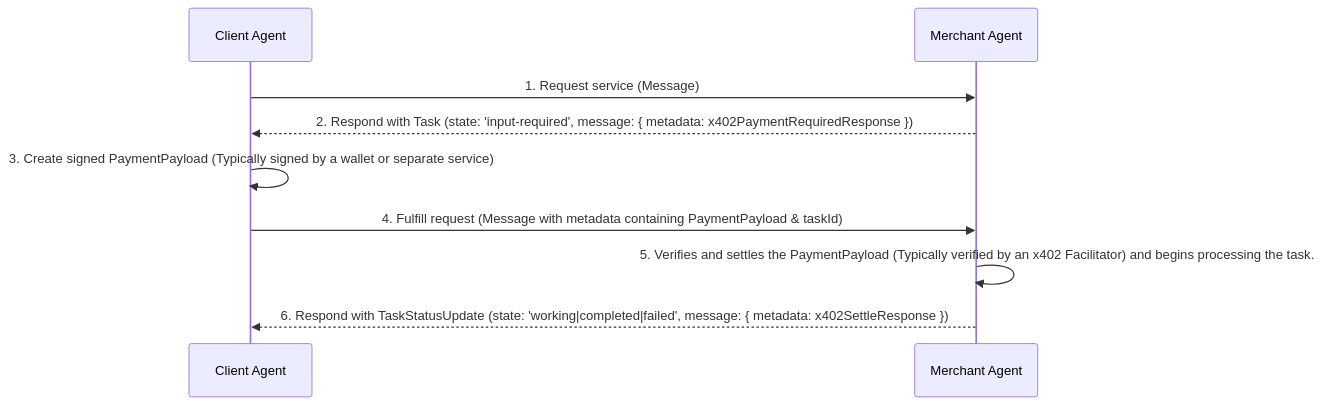
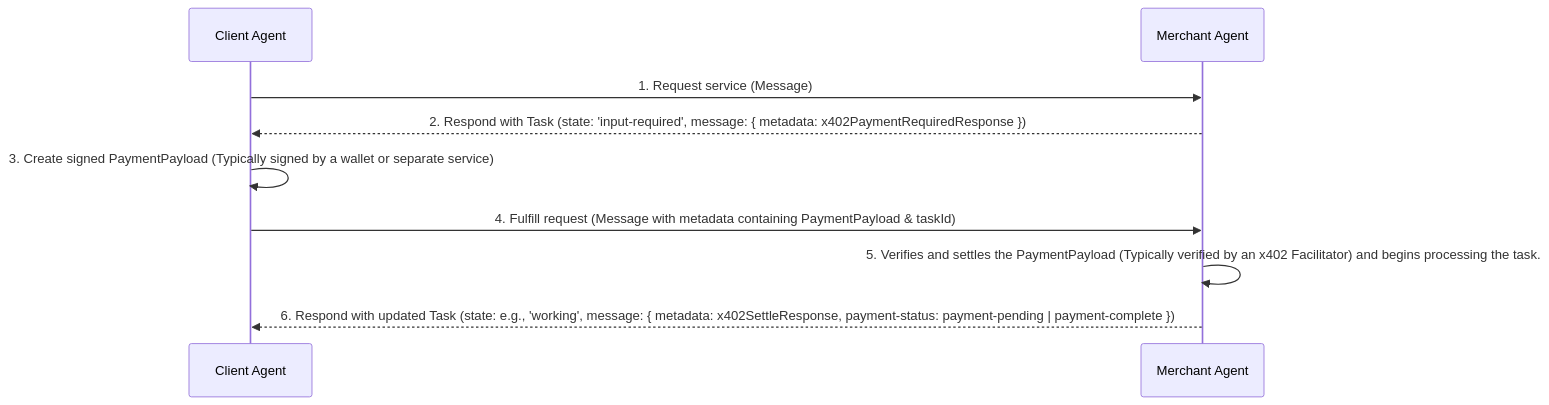
One commit to google-agentic-commerce/a2a-x402 changed the first of 2 diagrams in v0.1/spec.md. Above: the diagram before and after it, drawn with Mermaid. The commit also changed other lines of this file, not shown here.

````diff
--- a/v0.1/spec.md
+++ b/v0.1/spec.md
@@ -76,12 +77,12 @@
 ```mermaid
 sequenceDiagram
     participant Client Agent
     participant Merchant Agent
     Client Agent->>Merchant Agent: 1. Request service (Message)
     Merchant Agent-->>Client Agent: 2. Respond with Task (state: 'input-required', message: { metadata: x402PaymentRequiredResponse })
     Client Agent->>Client Agent: 3. Create signed PaymentPayload (Typically signed by a wallet or separate service)
     Client Agent->>Merchant Agent: 4. Fulfill request (Message with metadata containing PaymentPayload & taskId)
     Merchant Agent->>Merchant Agent: 5. Verifies and settles the PaymentPayload (Typically verified by an x402 Facilitator) and begins processing the task.
-    Merchant Agent-->>Client Agent: 6. Respond with TaskStatusUpdate (state: 'working|completed|failed', message: { metadata: x402SettleResponse })
+    Merchant Agent-->>Client Agent: 6. Respond with updated Task (state: e.g., 'working', message: { metadata: x402SettleResponse, payment-status: payment-pending | payment-complete })
 
 ```
````
